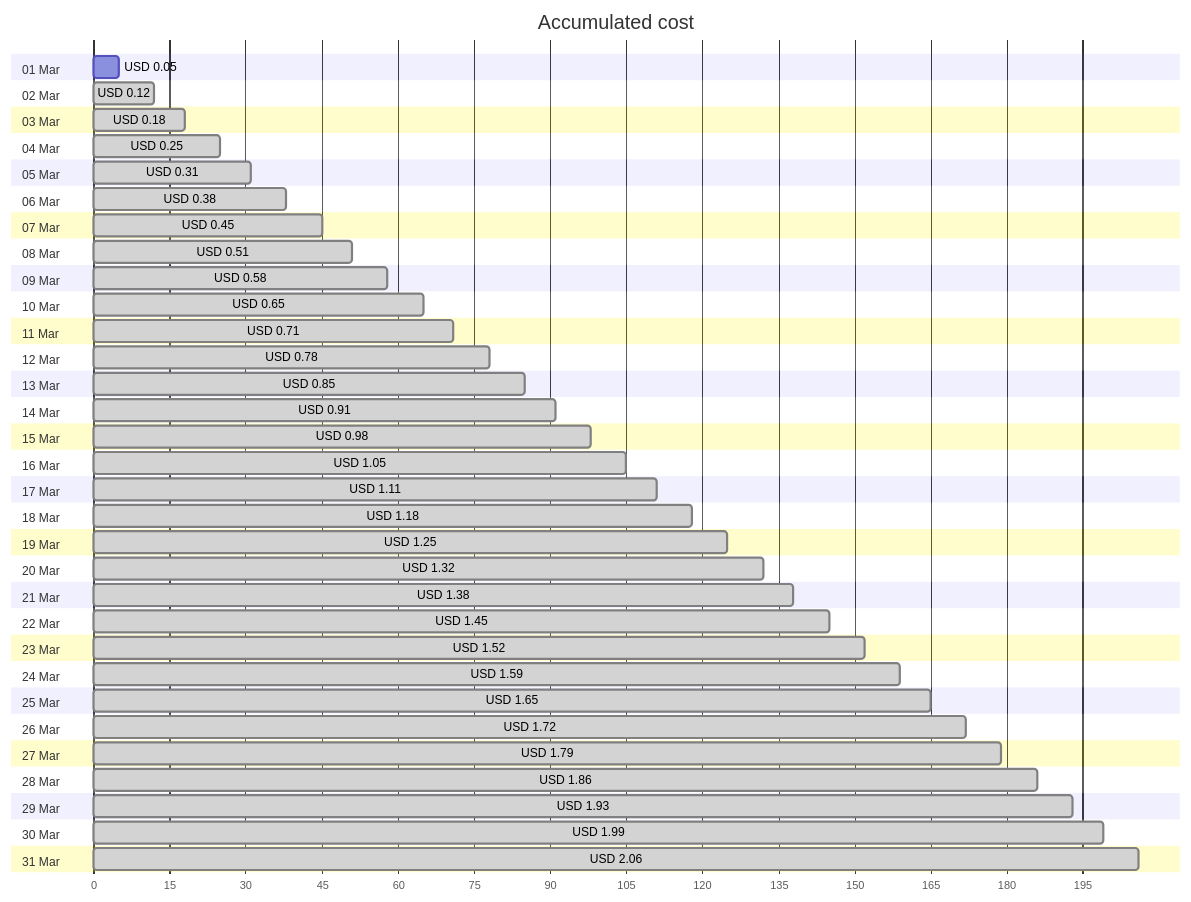
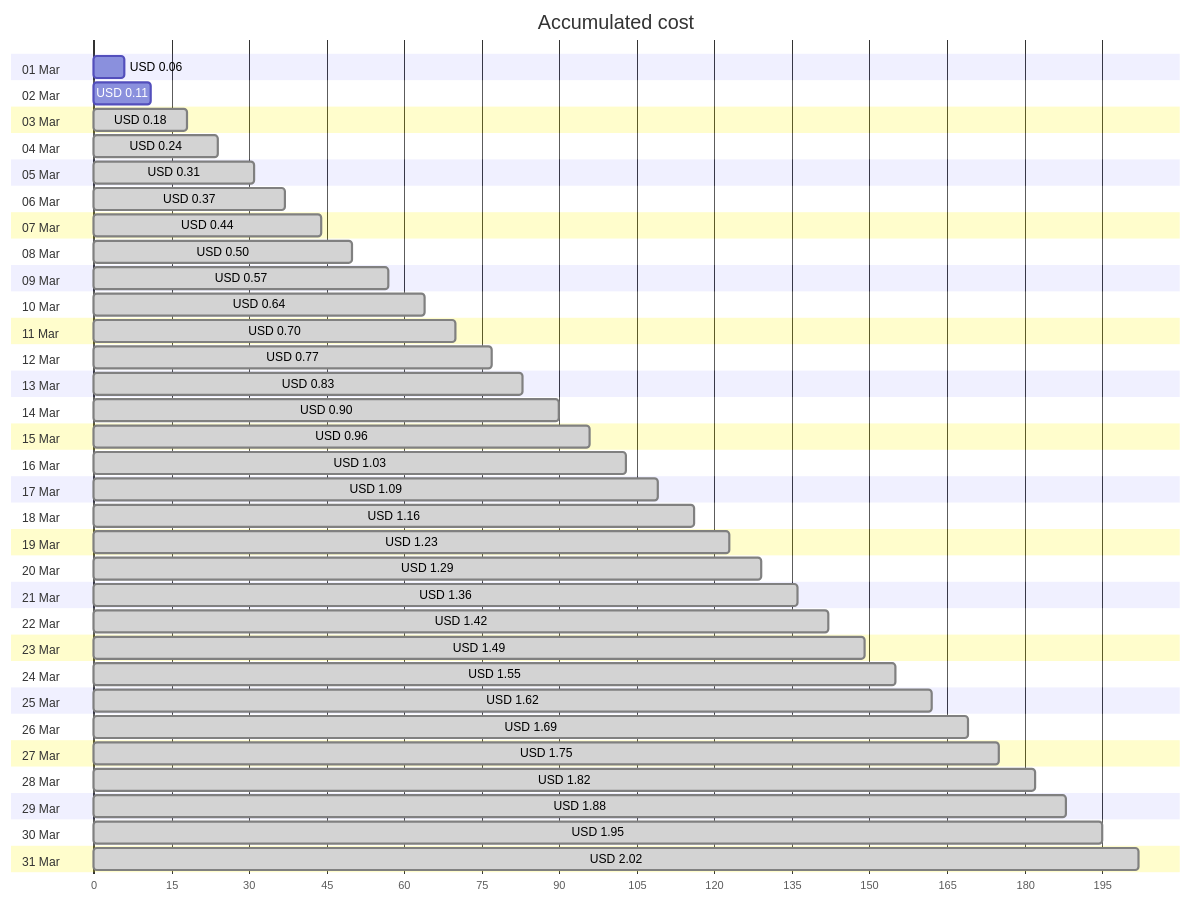
One commit to jpfulton/azure-personal-reports changed the first of 4 diagrams in cost-reports/personal-network/backup-server_OsDisk.md. Above: the diagram before and after it, drawn with Mermaid. The commit also changed other lines of this file and 8 other files, not shown here.

````diff
--- a/cost-reports/personal-network/backup-server_OsDisk.md
+++ b/cost-reports/personal-network/backup-server_OsDisk.md
@@ -20,68 +20,68 @@
 ```mermaid
 gantt
    title Accumulated cost
    dateFormat  X
    axisFormat %s
    section 01 Mar
-   USD 0.05 :0, 5
+   USD 0.06 :0, 6
    section 02 Mar
-   USD 0.12 : done, 0, 12
+   USD 0.11 :0, 11
    section 03 Mar
    USD 0.18 : done, 0, 18
    section 04 Mar
-   USD 0.25 : done, 0, 25
+   USD 0.24 : done, 0, 24
    section 05 Mar
    USD 0.31 : done, 0, 31
    section 06 Mar
-   USD 0.38 : done, 0, 38
+   USD 0.37 : done, 0, 37
    section 07 Mar
-   USD 0.45 : done, 0, 45
+   USD 0.44 : done, 0, 44
    section 08 Mar
-   USD 0.51 : done, 0, 51
+   USD 0.50 : done, 0, 50
    section 09 Mar
-   USD 0.58 : done, 0, 58
+   USD 0.57 : done, 0, 57
    section 10 Mar
-   USD 0.65 : done, 0, 65
+   USD 0.64 : done, 0, 64
    section 11 Mar
-   USD 0.71 : done, 0, 71
+   USD 0.70 : done, 0, 70
    section 12 Mar
-   USD 0.78 : done, 0, 78
+   USD 0.77 : done, 0, 77
    section 13 Mar
-   USD 0.85 : done, 0, 85
+   USD 0.83 : done, 0, 83
    section 14 Mar
-   USD 0.91 : done, 0, 91
+   USD 0.90 : done, 0, 90
    section 15 Mar
-   USD 0.98 : done, 0, 98
+   USD 0.96 : done, 0, 96
    section 16 Mar
-   USD 1.05 : done, 0, 105
+   USD 1.03 : done, 0, 103
    section 17 Mar
-   USD 1.11 : done, 0, 111
+   USD 1.09 : done, 0, 109
    section 18 Mar
-   USD 1.18 : done, 0, 118
+   USD 1.16 : done, 0, 116
    section 19 Mar
-   USD 1.25 : done, 0, 125
+   USD 1.23 : done, 0, 123
    section 20 Mar
-   USD 1.32 : done, 0, 132
+   USD 1.29 : done, 0, 129
    section 21 Mar
-   USD 1.38 : done, 0, 138
+   USD 1.36 : done, 0, 136
    section 22 Mar
-   USD 1.45 : done, 0, 145
+   USD 1.42 : done, 0, 142
    section 23 Mar
-   USD 1.52 : done, 0, 152
+   USD 1.49 : done, 0, 149
    section 24 Mar
-   USD 1.59 : done, 0, 159
+   USD 1.55 : done, 0, 155
    section 25 Mar
-   USD 1.65 : done, 0, 165
+   USD 1.62 : done, 0, 162
    section 26 Mar
-   USD 1.72 : done, 0, 172
+   USD 1.69 : done, 0, 169
    section 27 Mar
-   USD 1.79 : done, 0, 179
+   USD 1.75 : done, 0, 175
    section 28 Mar
-   USD 1.86 : done, 0, 186
+   USD 1.82 : done, 0, 182
    section 29 Mar
-   USD 1.93 : done, 0, 193
+   USD 1.88 : done, 0, 188
    section 30 Mar
-   USD 1.99 : done, 0, 199
+   USD 1.95 : done, 0, 195
    section 31 Mar
-   USD 2.06 : done, 0, 206
+   USD 2.02 : done, 0, 202
 ```
````
